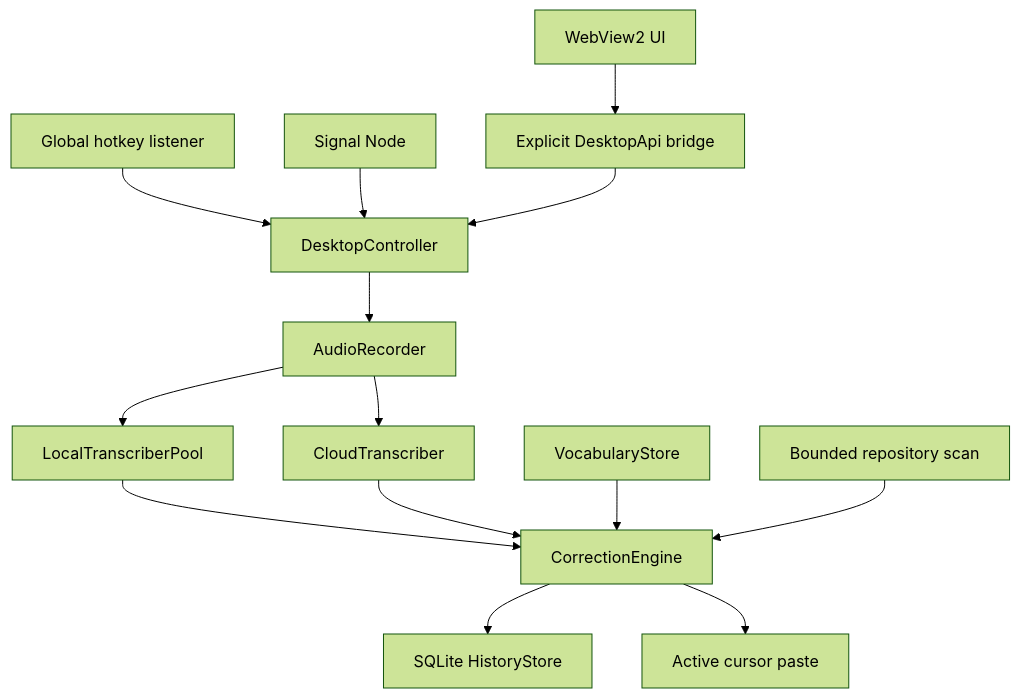
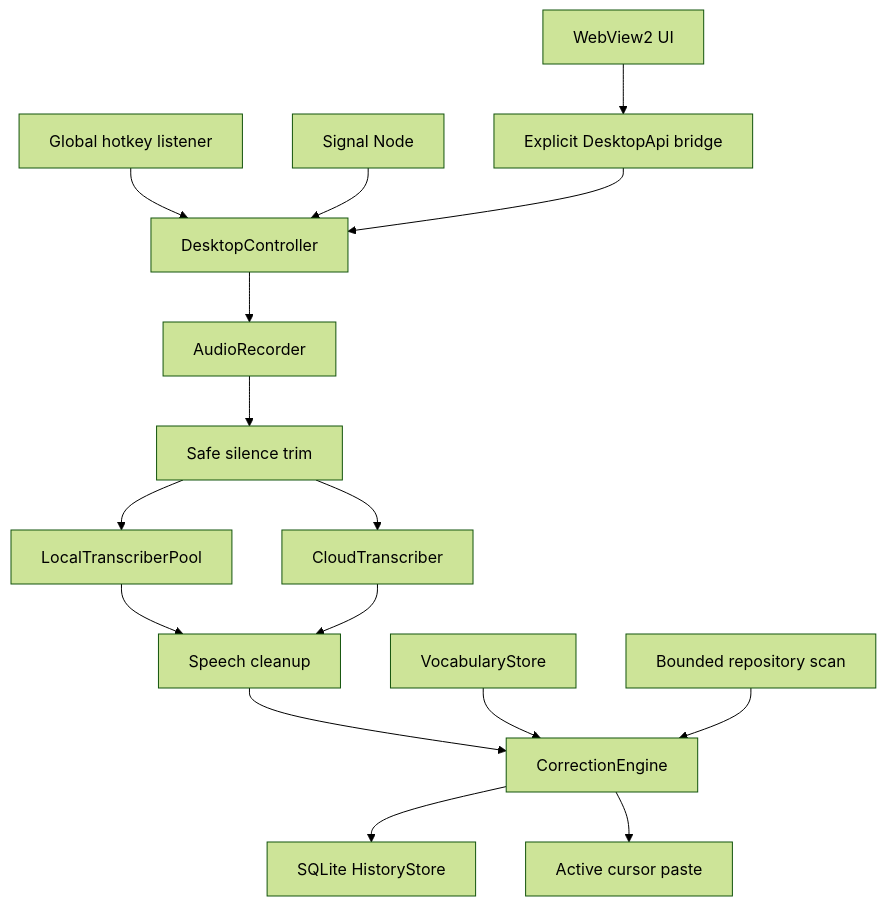
The first of 2 diagrams in docs/ARCHITECTURE.md (Rajveerx11/AgentWisper), drawn with Mermaid (forest theme) before and after one commit. The commit also changed other lines of this file and 29 other files, not shown here.

````diff
--- a/docs/ARCHITECTURE.md
+++ b/docs/ARCHITECTURE.md
@@ -10,15 +10,17 @@
 ```mermaid
 flowchart TB
     HK["Global hotkey listener"] --> DC["DesktopController"]
     SN["Signal Node"] --> DC
     WV["WebView2 UI"] --> API["Explicit DesktopApi bridge"] --> DC
     DC --> AR["AudioRecorder"]
-    AR --> LP["LocalTranscriberPool"]
-    AR --> CP["CloudTranscriber"]
-    LP --> CE["CorrectionEngine"]
-    CP --> CE
+    AR --> ST["Safe silence trim"]
+    ST --> LP["LocalTranscriberPool"]
+    ST --> CP["CloudTranscriber"]
+    LP --> SC["Speech cleanup"]
+    CP --> SC
+    SC --> CE["CorrectionEngine"]
     VS["VocabularyStore"] --> CE
     RS["Bounded repository scan"] --> CE
     CE --> HS["SQLite HistoryStore"]
     CE --> PT["Active cursor paste"]
 ```
````
